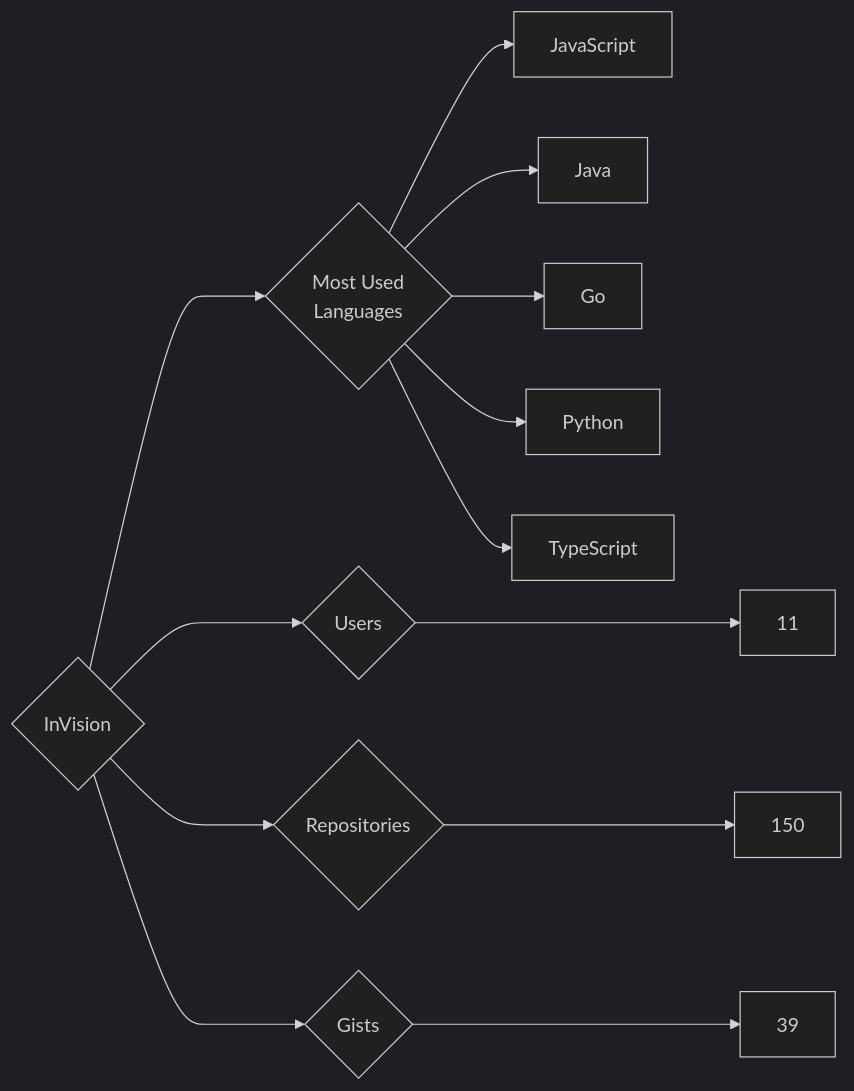
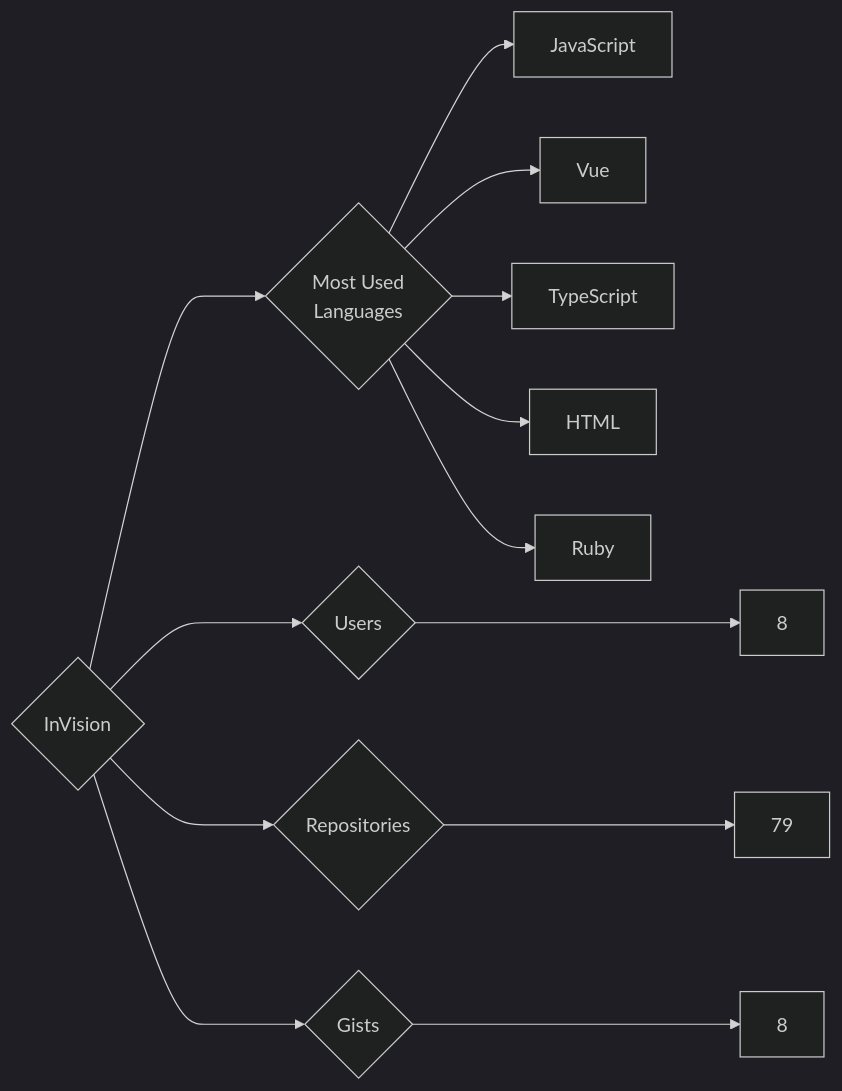
Before and after one commit to trickest/insiders: the diagram in targets/InVision/README.md, drawn with Mermaid (dark theme). The commit also changed 748 other files, not shown here.

````diff
--- a/targets/InVision/README.md
+++ b/targets/InVision/README.md
@@ -3,13 +3,13 @@
 ```mermaid
 graph LR
 COMPANY_NAME{InVision}
-COMPANY_NAME ---> U{Users} ---> UN[11]
-COMPANY_NAME ---> R{Repositories} ---> RN[150]
-COMPANY_NAME ---> G{Gists} ---> GN[39]
+COMPANY_NAME ---> U{Users} ---> UN[8]
+COMPANY_NAME ---> R{Repositories} ---> RN[79]
+COMPANY_NAME ---> G{Gists} ---> GN[8]
 COMPANY_NAME ---> ML{Most Used<br>Languages}
 ML --> JavaScript[JavaScript]
-ML --> Java[Java]
-ML --> Go[Go]
-ML --> Python[Python]
+ML --> Vue[Vue]
 ML --> TypeScript[TypeScript]
+ML --> HTML[HTML]
+ML --> Ruby[Ruby]
 ```
````
